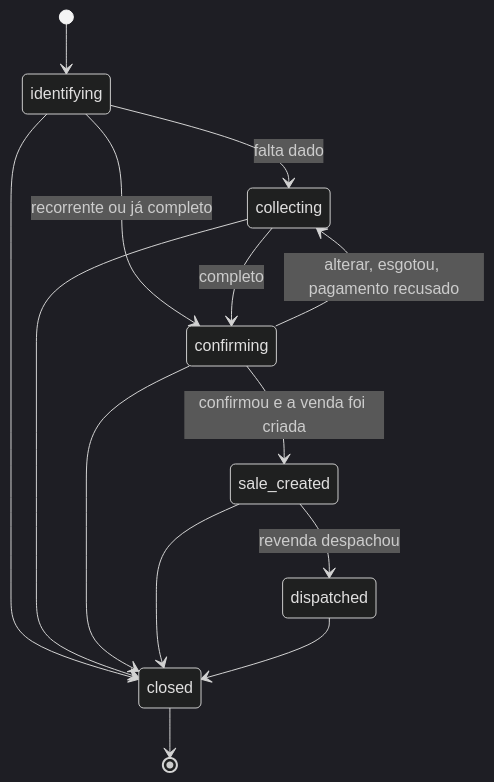
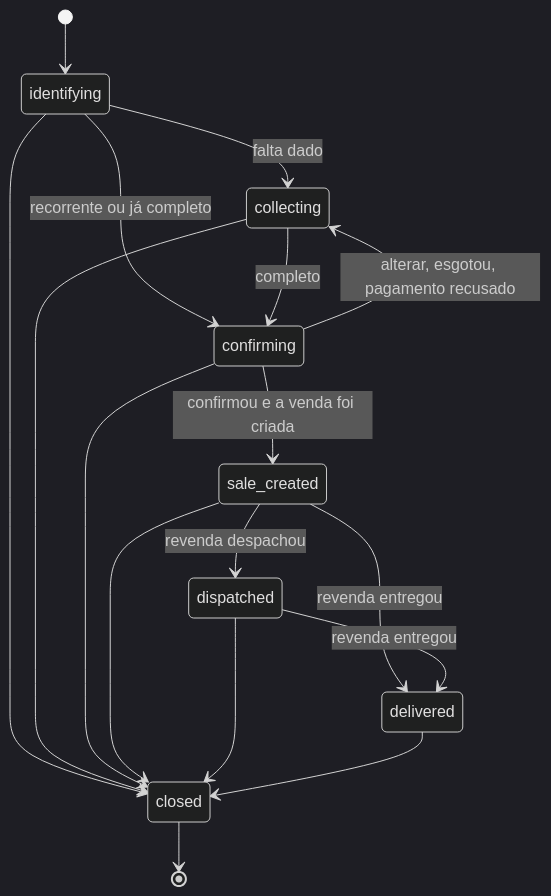
One commit to JoaoRicardoBrito/revgas-ai-flow changed the diagram in docs/conversa.md. Above: the diagram before and after it, drawn with Mermaid (dark theme). The commit also changed other lines of this file and 25 other files, not shown here.

````diff
--- a/docs/conversa.md
+++ b/docs/conversa.md
@@ -10,16 +10,19 @@
 ```mermaid
 stateDiagram-v2
     [*] --> identifying
     identifying --> collecting: falta dado
     identifying --> confirming: recorrente ou já completo
     collecting --> confirming: completo
     confirming --> collecting: alterar, esgotou, pagamento recusado
     confirming --> sale_created: confirmou e a venda foi criada
     sale_created --> dispatched: revenda despachou
+    sale_created --> delivered: revenda entregou
+    dispatched --> delivered: revenda entregou
     identifying --> closed
     collecting --> closed
     confirming --> closed
     sale_created --> closed
     dispatched --> closed
+    delivered --> closed
     closed --> [*]
 ```
````
